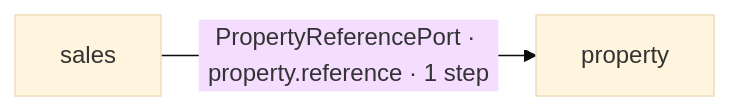
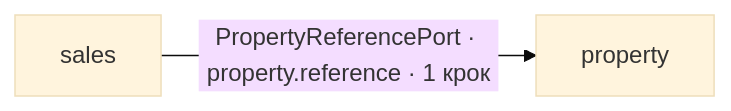
One commit to Murakhovsky/TerraNova2026 changed the diagram in docs/12-reference/cross-domain-process-topology.md. Above: the diagram before and after it, drawn with Mermaid (base theme). The commit also changed other lines of this file and 3 other files, not shown here.

````diff
--- a/docs/12-reference/cross-domain-process-topology.md
+++ b/docs/12-reference/cross-domain-process-topology.md
@@ -27,6 +27,6 @@
 ```mermaid
 flowchart LR
     domain_property["property"]
     domain_sales["sales"]
-    domain_sales -->|PropertyReferencePort · property.reference · 1 step| domain_property
+    domain_sales -->|PropertyReferencePort · property.reference · 1 крок| domain_property
 ```
````
